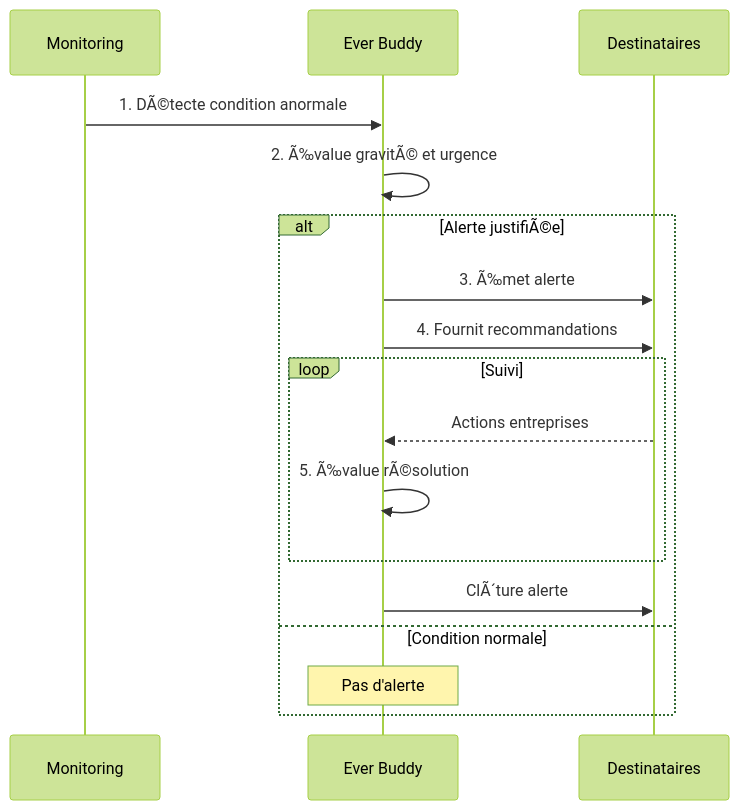
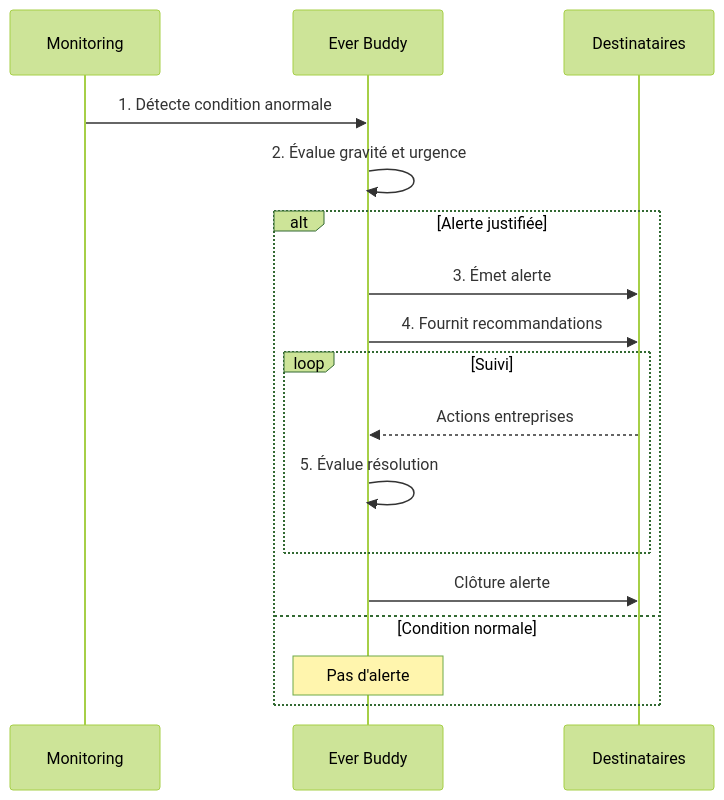
One commit to StudioMiyukini/miyukini_cog changed the fifth of 6 diagrams in docs/cores/EverBuddy/architecture/Ever Buddy - Evolution Flows.md. Above: the diagram before and after it, drawn with Mermaid (forest theme). The commit also changed other lines of this file and 564 other files, not shown here.

````diff
--- a/docs/cores/EverBuddy/architecture/Ever Buddy - Evolution Flows.md
+++ b/docs/cores/EverBuddy/architecture/Ever Buddy - Evolution Flows.md
@@ -476,21 +476,21 @@
 ```mermaid
 sequenceDiagram
     participant Mon as Monitoring
     participant EB as Ever Buddy
     participant Dest as Destinataires
     
-    Mon->>EB: 1. DÃ©tecte condition anormale
-    EB->>EB: 2. Ã‰value gravitÃ© et urgence
+    Mon->>EB: 1. Détecte condition anormale
+    EB->>EB: 2. Évalue gravité et urgence
     
-    alt Alerte justifiÃ©e
-        EB->>Dest: 3. Ã‰met alerte
+    alt Alerte justifiée
+        EB->>Dest: 3. Émet alerte
         EB->>Dest: 4. Fournit recommandations
         loop Suivi
             Dest-->>EB: Actions entreprises
-            EB->>EB: 5. Ã‰value rÃ©solution
+            EB->>EB: 5. Évalue résolution
         end
-        EB->>Dest: ClÃ´ture alerte
+        EB->>Dest: Clôture alerte
     else Condition normale
         Note over EB: Pas d'alerte
     end
 ```
````
